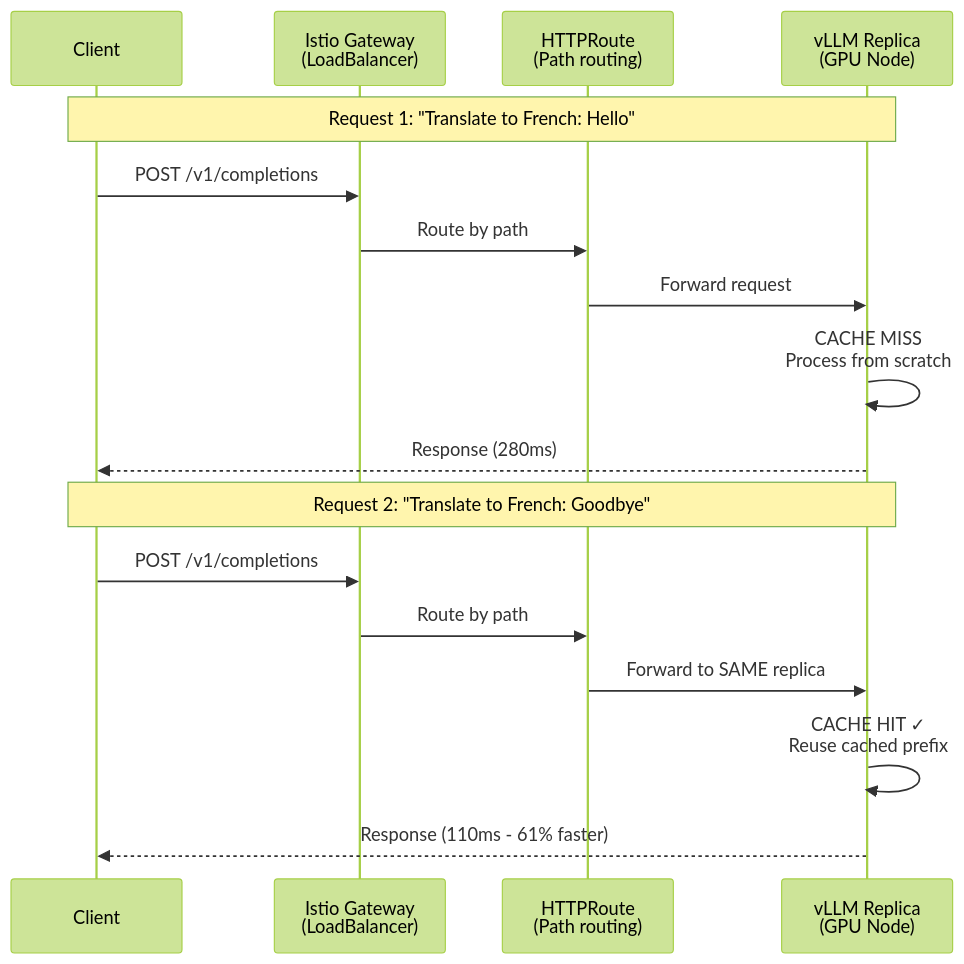
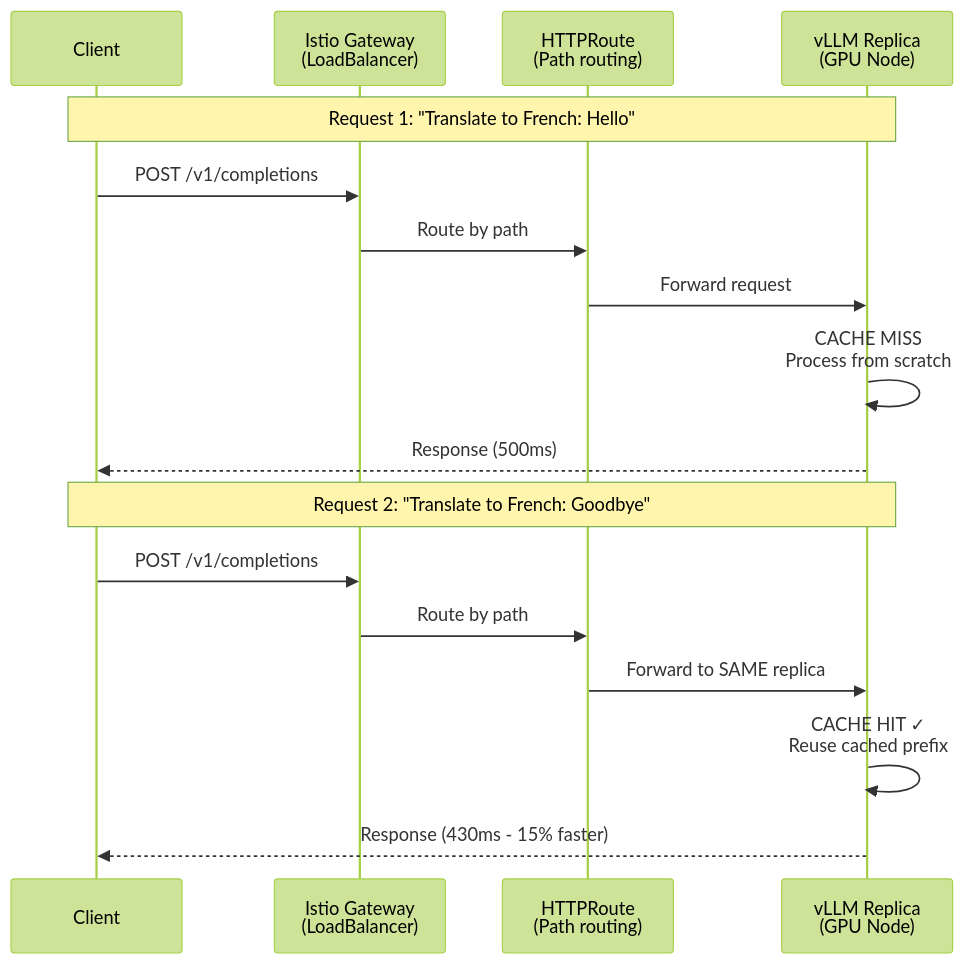
The second of 2 diagrams in deployments/istio-kserve/simple-caching-demo/deployment-gpu.md (johnahull/rhaii-on-xks-gke), drawn with Mermaid (forest theme) before and after one commit. The commit also changed other lines of this file and 2 other files, not shown here.

````diff
--- a/deployments/istio-kserve/simple-caching-demo/deployment-gpu.md
+++ b/deployments/istio-kserve/simple-caching-demo/deployment-gpu.md
@@ -85,21 +87,21 @@
 ```mermaid
 sequenceDiagram
     participant Client
     participant Gateway as Istio Gateway<br/>(LoadBalancer)
     participant HTTPRoute as HTTPRoute<br/>(Path routing)
     participant VLLM as vLLM Replica<br/>(GPU Node)
 
     Note over Client,VLLM: Request 1: "Translate to French: Hello"
     Client->>Gateway: POST /v1/completions
     Gateway->>HTTPRoute: Route by path
     HTTPRoute->>VLLM: Forward request
     VLLM->>VLLM: CACHE MISS<br/>Process from scratch
-    VLLM-->>Client: Response (280ms)
+    VLLM-->>Client: Response (500ms)
 
     Note over Client,VLLM: Request 2: "Translate to French: Goodbye"
     Client->>Gateway: POST /v1/completions
     Gateway->>HTTPRoute: Route by path
     HTTPRoute->>VLLM: Forward to SAME replica
     VLLM->>VLLM: CACHE HIT ✓<br/>Reuse cached prefix
-    VLLM-->>Client: Response (110ms - 61% faster)
+    VLLM-->>Client: Response (430ms - 15% faster)
 ```
````
